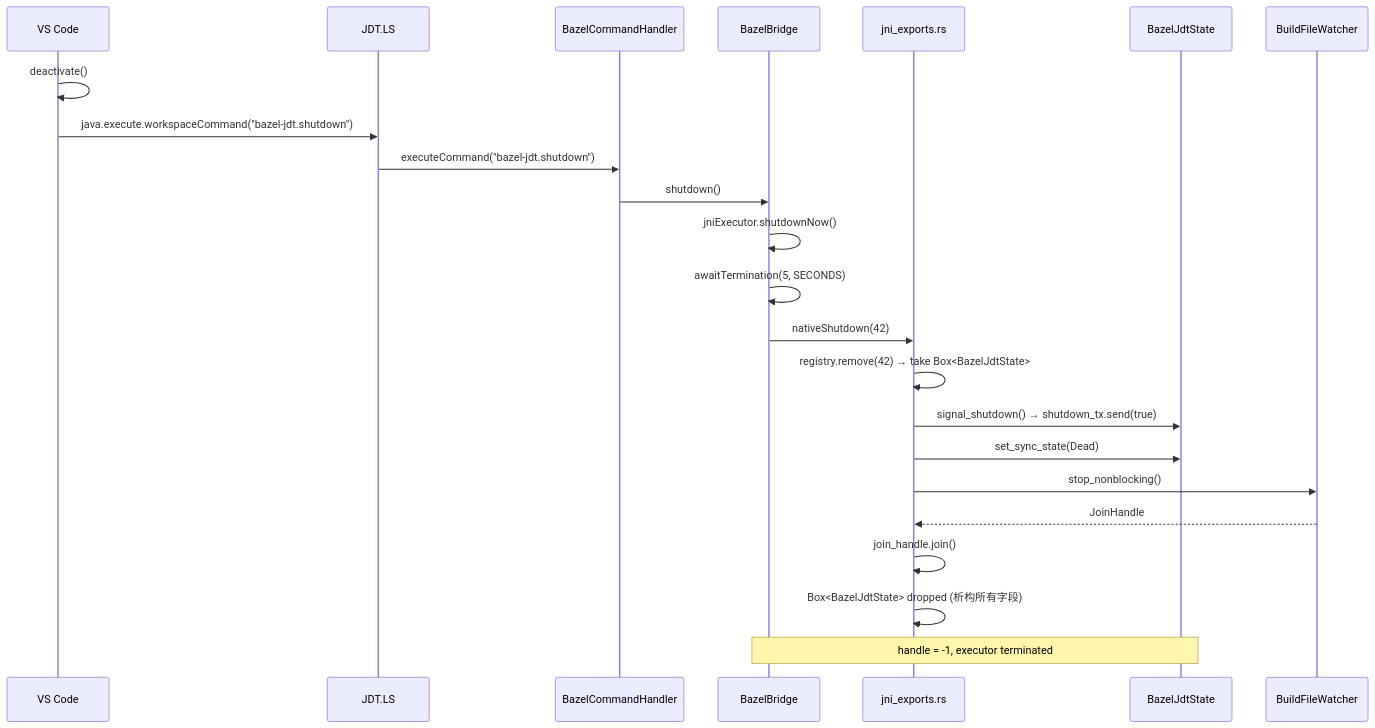
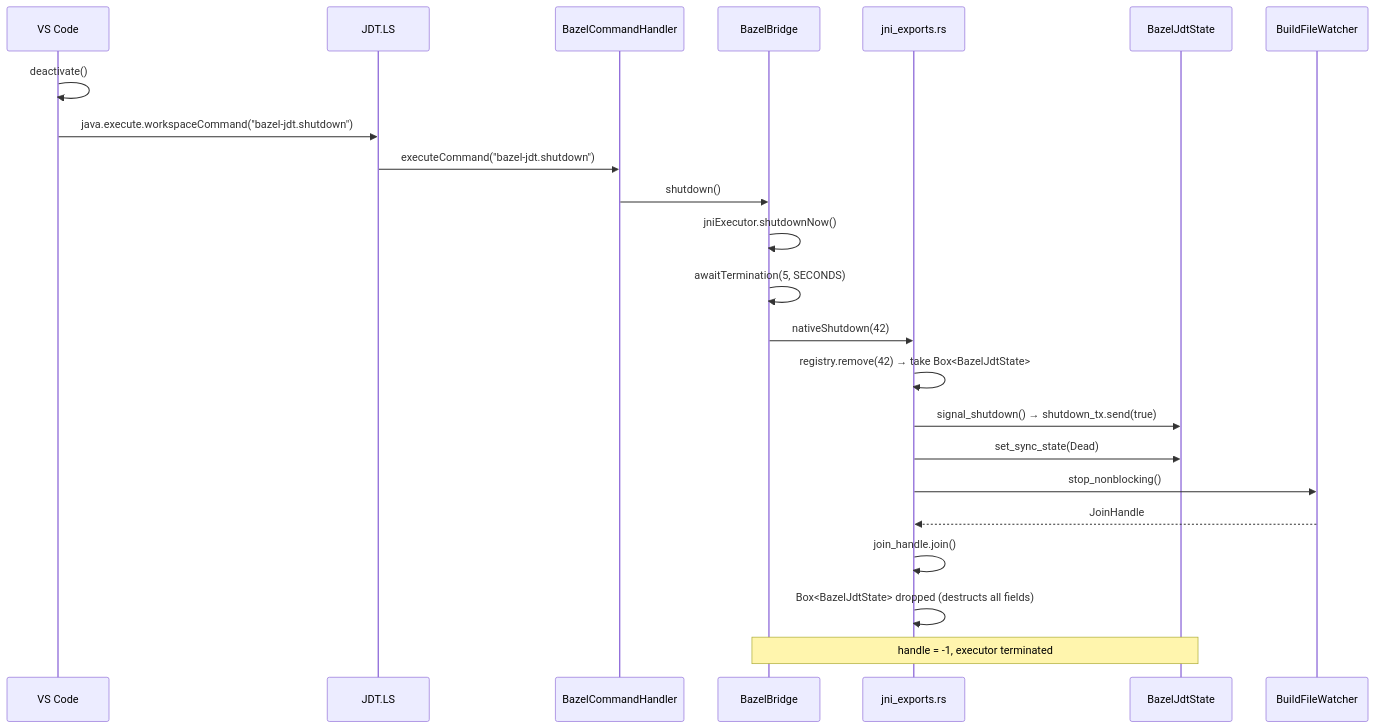
The fourth of 9 diagrams in docs/architecture-analysis.md (runchen0919/bazel-vscode-java-bridge), drawn with Mermaid before and after one commit. The commit also changed other lines of this file and 2 other files, not shown here.

First line of the commit message:
docs: translate technical docs and architecture diagram from Chinese to English

````diff
--- a/docs/architecture-analysis.md
+++ b/docs/architecture-analysis.md
@@ -345,26 +345,26 @@
 ```mermaid
 sequenceDiagram
     participant VSCode as VS Code
     participant JDTLS as JDT.LS
     participant CH as BazelCommandHandler
     participant Bridge as BazelBridge
     participant JNI as jni_exports.rs
     participant State as BazelJdtState
     participant Watcher as BuildFileWatcher
 
     VSCode->>VSCode: deactivate()
     VSCode->>JDTLS: java.execute.workspaceCommand("bazel-jdt.shutdown")
     JDTLS->>CH: executeCommand("bazel-jdt.shutdown")
     CH->>Bridge: shutdown()
     Bridge->>Bridge: jniExecutor.shutdownNow()
     Bridge->>Bridge: awaitTermination(5, SECONDS)
     Bridge->>JNI: nativeShutdown(42)
     JNI->>JNI: registry.remove(42) → take Box<BazelJdtState>
     JNI->>State: signal_shutdown() → shutdown_tx.send(true)
     JNI->>State: set_sync_state(Dead)
     JNI->>Watcher: stop_nonblocking()
     Watcher-->>JNI: JoinHandle
     JNI->>JNI: join_handle.join()
-    JNI->>JNI: Box<BazelJdtState> dropped (析构所有字段)
+    JNI->>JNI: Box<BazelJdtState> dropped (destructs all fields)
     Note over Bridge,State: handle = -1, executor terminated
 ```
````
